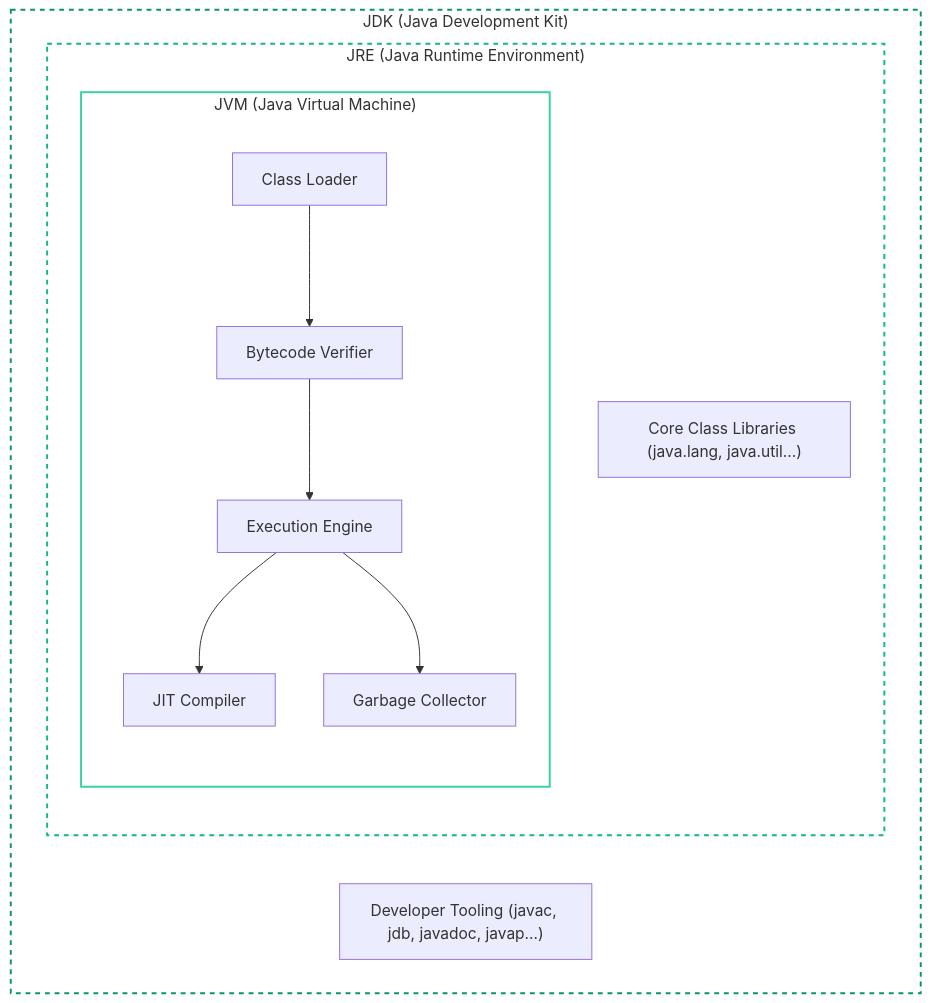
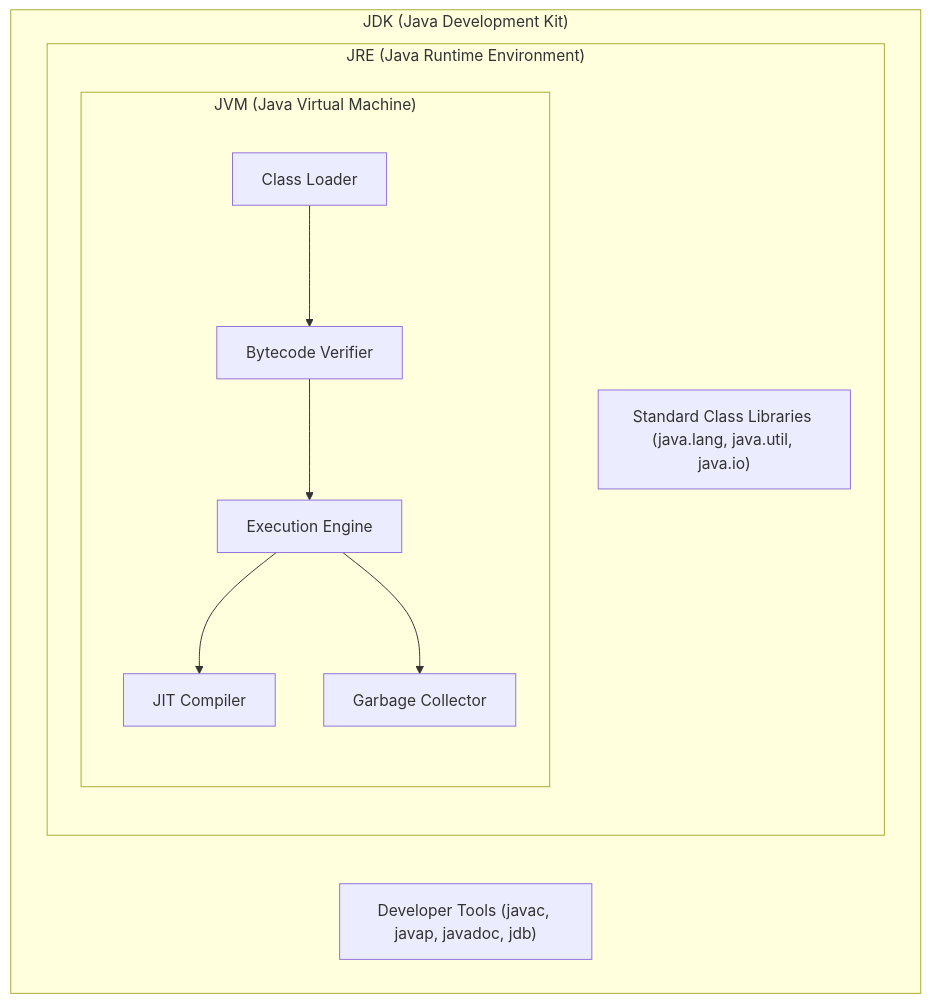
One commit to ravishankar2463/java_hub changed the first of 4 diagrams in content/roadmap/level-0/environment-setup.md. Above: the diagram before and after it, drawn with Mermaid. The commit also changed other lines of this file and 119 other files, not shown here.

Commit message:
feat: add comprehensive java learning roadmap content across multiple levels

````diff
--- a/content/roadmap/level-0/environment-setup.md
+++ b/content/roadmap/level-0/environment-setup.md
@@ -28,19 +24,15 @@
 ```mermaid
-graph TD
-    subgraph JDK ["JDK (Java Development Kit)"]
-        subgraph JRE ["JRE (Java Runtime Environment)"]
-            subgraph JVM ["JVM (Java Virtual Machine)"]
+flowchart TD
+    subgraph JDK["JDK (Java Development Kit)"]
+        subgraph JRE["JRE (Java Runtime Environment)"]
+            subgraph JVM["JVM (Java Virtual Machine)"]
                 CL["Class Loader"] --> BV["Bytecode Verifier"]
                 BV --> EE["Execution Engine"]
                 EE --> JIT["JIT Compiler"]
                 EE --> GC["Garbage Collector"]
             end
-            L["Core Class Libraries (java.lang, java.util...)"]
+            Lib["Standard Class Libraries (java.lang, java.util, java.io)"]
         end
-        T["Developer Tooling (javac, jdb, javadoc, javap...)"]
+        Tools["Developer Tools (javac, javap, javadoc, jdb)"]
     end
-
-    style JDK fill:transparent,stroke:#059669,stroke-width:2px,stroke-dasharray: 5 5
-    style JRE fill:transparent,stroke:#10b981,stroke-width:2px,stroke-dasharray: 5 5
-    style JVM fill:transparent,stroke:#34d399,stroke-width:2px
 ```
````
